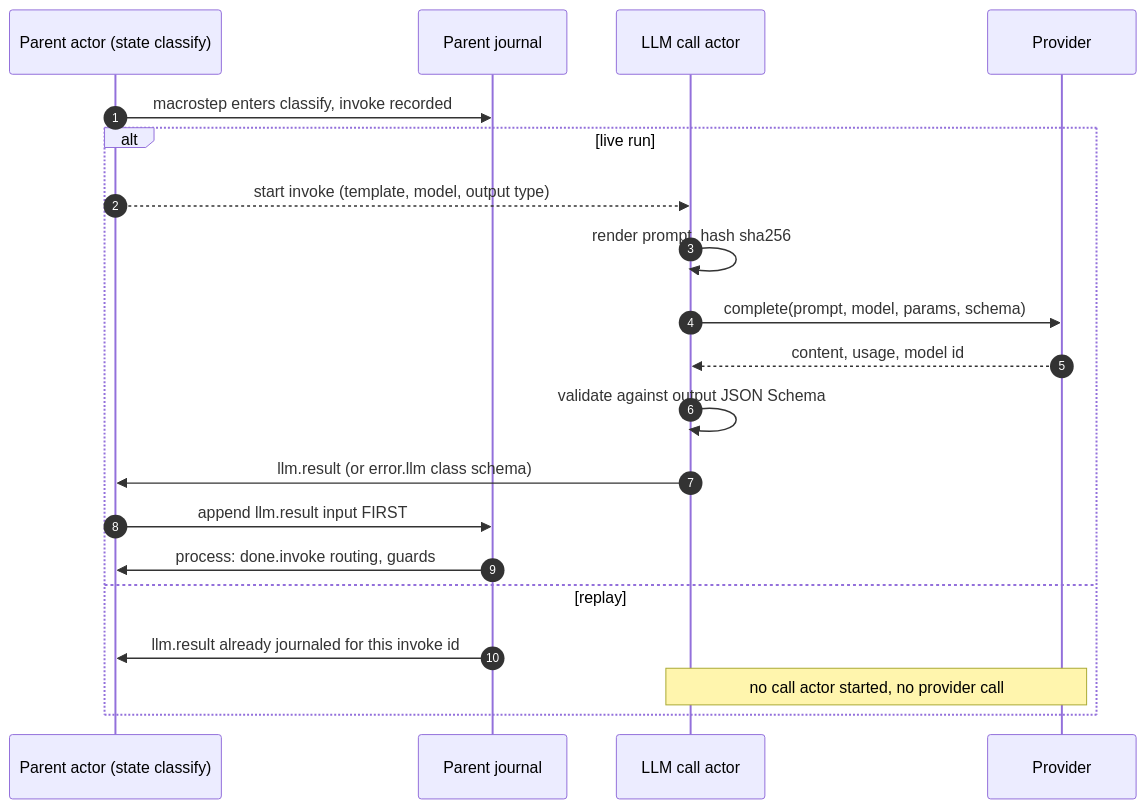
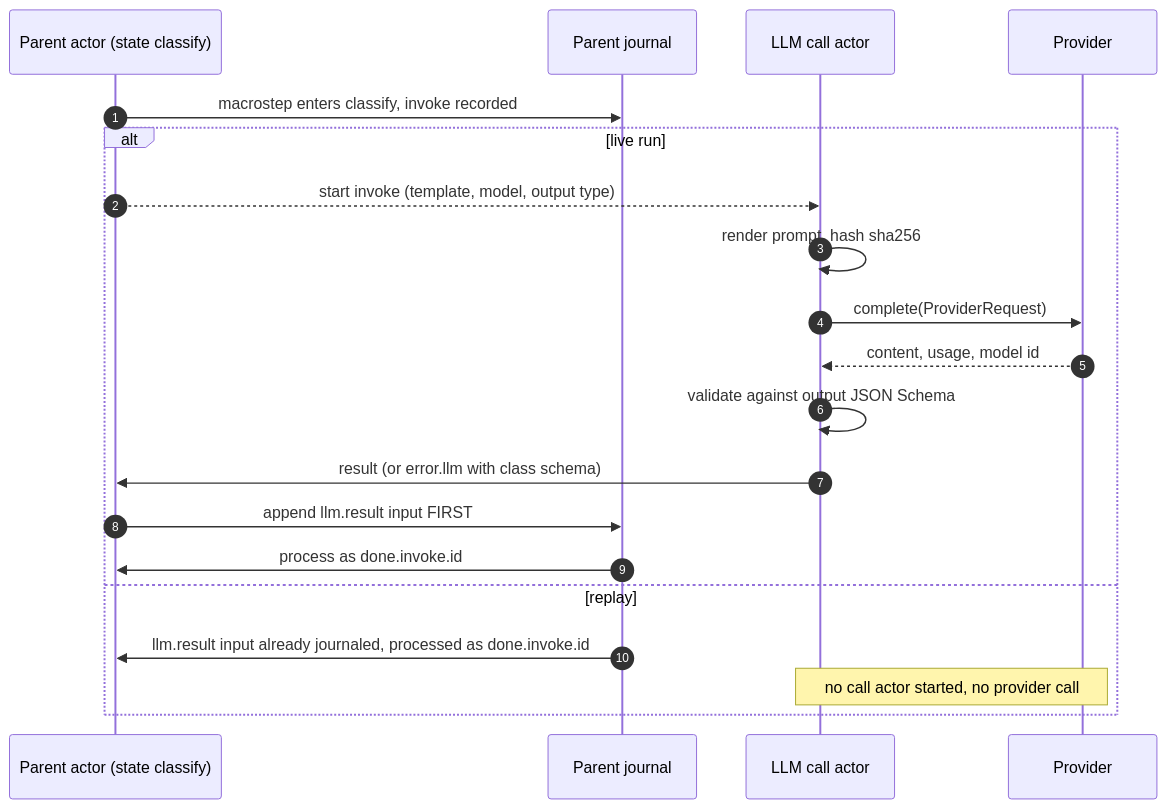
The fifth of 11 diagrams in tg.md/views/agents.md (Volland/vertep), drawn with Mermaid before and after one commit. The commit also changed other lines of this file and 9 other files, not shown here.

First line of the commit message:
Bring the architecture views in line with the code

````diff
--- a/tg.md/views/agents.md
+++ b/tg.md/views/agents.md
@@ -241,22 +248,22 @@
 ```mermaid
 sequenceDiagram
     autonumber
     participant P as Parent actor (state classify)
     participant J as Parent journal
     participant C as LLM call actor
     participant PR as Provider
     P->>J: macrostep enters classify, invoke recorded
     alt live run
         P-->>C: start invoke (template, model, output type)
         C->>C: render prompt, hash sha256
-        C->>PR: complete(prompt, model, params, schema)
+        C->>PR: complete(ProviderRequest)
         PR-->>C: content, usage, model id
         C->>C: validate against output JSON Schema
-        C->>P: llm.result (or error.llm class schema)
+        C->>P: result (or error.llm with class schema)
         P->>J: append llm.result input FIRST
-        J->>P: process: done.invoke routing, guards
+        J->>P: process as done.invoke.id
     else replay
-        J->>P: llm.result already journaled for this invoke id
+        J->>P: llm.result input already journaled, processed as done.invoke.id
         Note over C,PR: no call actor started, no provider call
     end
 ```
````
